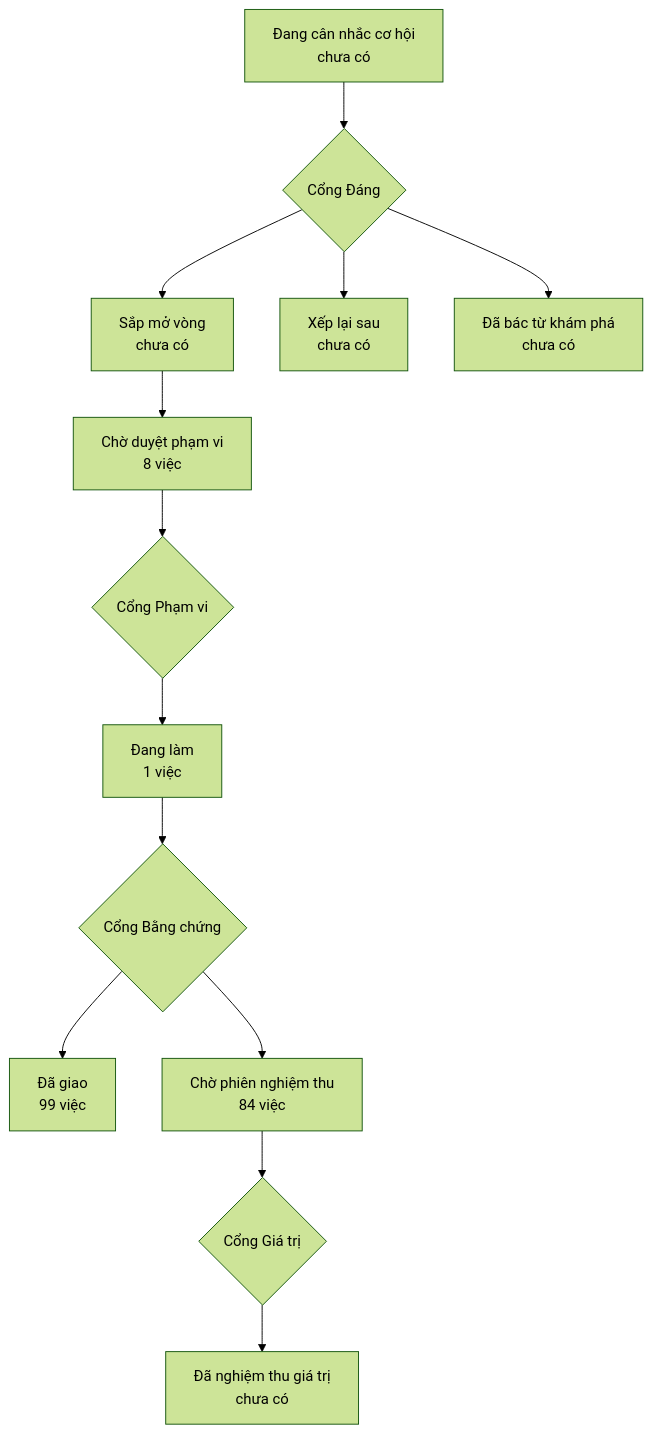
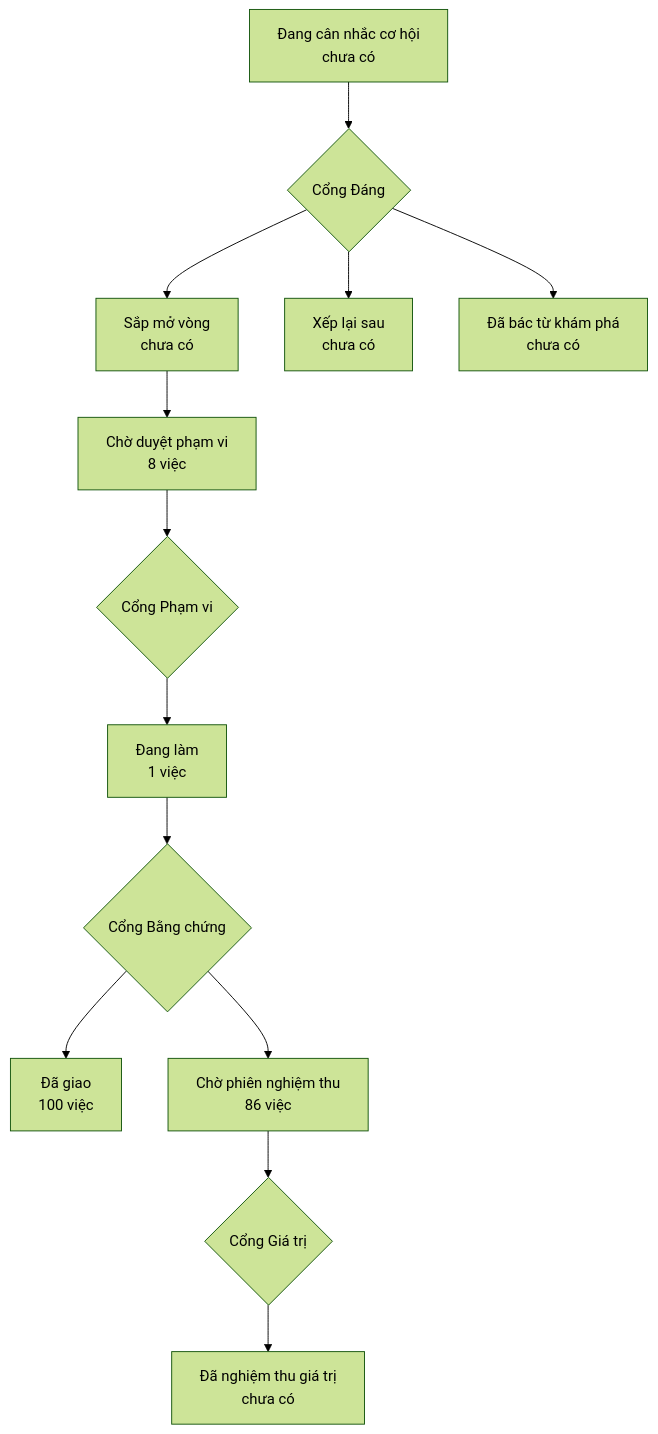
One commit to phanlemanh/onehub-invest changed the diagram in PRODUCT-MAP.md. Above: the diagram before and after it, drawn with Mermaid (forest theme). The commit also changed other lines of this file and 5 other files, not shown here.

````diff
--- a/PRODUCT-MAP.md
+++ b/PRODUCT-MAP.md
@@ -7,12 +7,12 @@
 ```mermaid
 flowchart TD
   A["Đang cân nhắc cơ hội<br/>chưa có"] --> GD{"Cổng Đáng"}
   GD --> B["Sắp mở vòng<br/>chưa có"]
   GD --> XL["Xếp lại sau<br/>chưa có"]
   GD --> DB["Đã bác từ khám phá<br/>chưa có"]
   B --> CD["Chờ duyệt phạm vi<br/>8 việc"] --> GP{"Cổng Phạm vi"}
   GP --> DL["Đang làm<br/>1 việc"] --> GB{"Cổng Bằng chứng"}
-  GB --> DG["Đã giao<br/>99 việc"]
-  GB --> CN["Chờ phiên nghiệm thu<br/>84 việc"] --> GG{"Cổng Giá trị"}
+  GB --> DG["Đã giao<br/>100 việc"]
+  GB --> CN["Chờ phiên nghiệm thu<br/>86 việc"] --> GG{"Cổng Giá trị"}
   GG --> NT["Đã nghiệm thu giá trị<br/>chưa có"]
 ```
````
